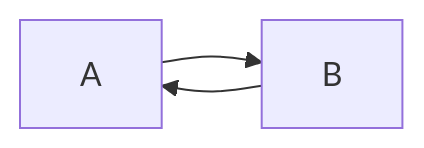
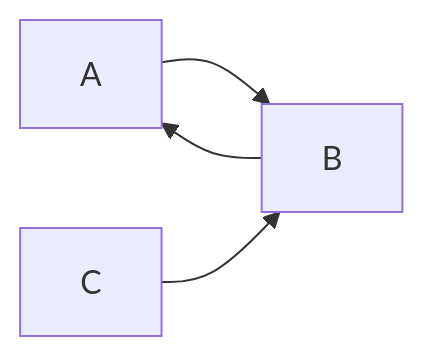
The first of 2 diagrams in tests/example.md (zacharyeller13/mermaid-preview.nvim), drawn with Mermaid before and after one commit. The commit also changed other lines of this file and 6 other files, not shown here.

````diff
--- a/tests/example.md
+++ b/tests/example.md
@@ -3,5 +3,6 @@
 ```mermaid
 flowchart LR
     A --> B
     B --> A
+    C --> B
 ```
````
